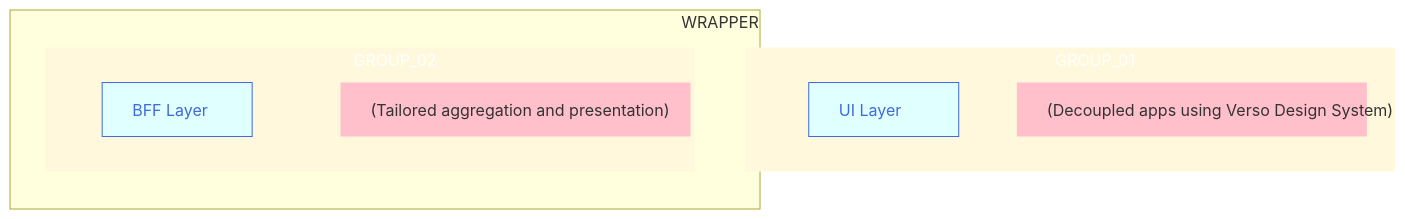
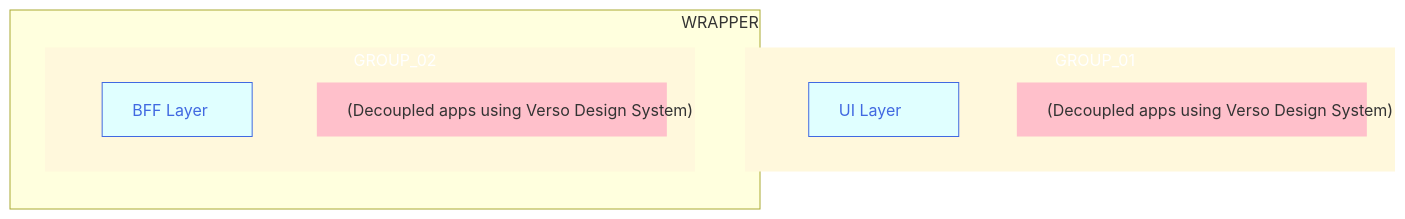
One commit to joe-dorward/samples changed the diagram in buttons_mermaid_v5.md. Above: the diagram before and after it, drawn with Mermaid.

````diff
--- a/buttons_mermaid_v5.md
+++ b/buttons_mermaid_v5.md
@@ -3,47 +3,48 @@
 ```mermaid
   %%{
     init: {
       "flowchart": { "markdownAutoWrap":"false", "textWrap":"false", "textAlign":"left", "wrappingWidth": "100%" }
     }
   }%%
   flowchart TD
 
   classDef Button fill:lightcyan, stroke:royalblue, color:royalblue, width:150px
   classDef Note fill:pink, stroke-width:0px, width:350px
   %% ---------- ---------- ---------- ---------- ---------- ---------- ---------- ---------- ---------- ----------
 subgraph WRAPPER
   direction TD
 
   subgraph GROUP_01
     %%direction LR
 
     BUTTON_01_NOTE["(Decoupled apps using Verso Design System)"]:::Note
     BUTTON_01["UI Layer"]:::Button
     click BUTTON_01 "https://en.wikipedia.org/wiki/Main_Page" _blank
 
     BUTTON_01~~~
     BUTTON_01_NOTE
   end
   %% ---------- ---------- ---------- ---------- ---------- ---------- ---------- ---------- ---------- ----------
   subgraph GROUP_02
     %%direction LR
 
-    BUTTON_02_NOTE["(Tailored aggregation and presentation)"]:::Note
+    %%BUTTON_02_NOTE["(Tailored aggregation and presentation)"]:::Note
+    BUTTON_02_NOTE["(Decoupled apps using Verso Design System)"]:::Note
     BUTTON_02["BFF Layer"]:::Button
     click BUTTON_02 "https://en.wikipedia.org/wiki/Main_Page" _blank
 
     BUTTON_02~~~
     BUTTON_02_NOTE
   end
 end
   %% ---------- ---------- ---------- ---------- ---------- ---------- ---------- ---------- ---------- ----------
 
 %%GROUP_01-.-GROUP_02
 
 %%BUTTON_01-->BUTTON_02
 
   style GROUP_01 fill:cornsilk, color:white, stroke-width:0px, width:650px
   style GROUP_02 fill:cornsilk, color:white, stroke-width:0px, width:650px
 
   style WRAPPER width:750px
 ```
````
